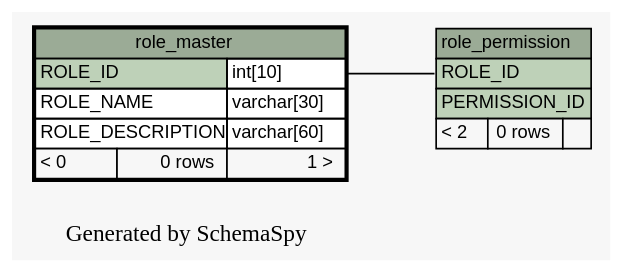
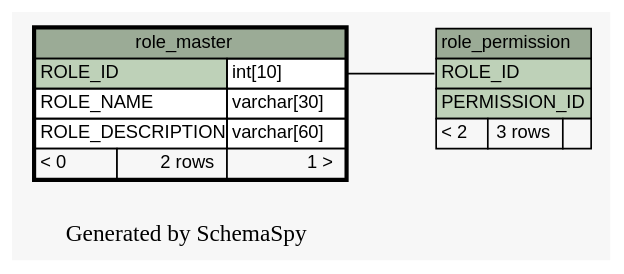
Before and after one commit to engineerscraft/hrms: the diagram in docs/database/schemaspy/graphs/role_master.1degree.dot, drawn with Graphviz. The commit also changed 174 other files, not shown here.

```diff
--- a/docs/database/schemaspy/graphs/role_master.1degree.dot
+++ b/docs/database/schemaspy/graphs/role_master.1degree.dot
@@ -1,41 +1,41 @@
 // dot 2.38.0 on Windows 7 6.1
 digraph "oneDegreeRelationshipsGraph" {
   graph [
     rankdir="RL"
     bgcolor="#f7f7f7"
     label="\nGenerated by SchemaSpy"
     labeljust="l"
   ];
   node [
     fontname="Helvetica"
     fontsize="11"
     shape="plaintext"
   ];
   edge [
     arrowsize="0.8"
   ];
   "role_permission":"ROLE_ID":w -> "role_master":"ROLE_ID.type":e [arrowtail=crowtee arrowhead=none];
   "role_master" [
     label=<
     <TABLE BORDER="2" CELLBORDER="1" CELLSPACING="0" BGCOLOR="#ffffff">
       <TR><TD PORT="role_master.heading" COLSPAN="3" BGCOLOR="#9bab96" ALIGN="CENTER">role_master</TD></TR>
       <TR><TD PORT="ROLE_ID" COLSPAN="2" BGCOLOR="#bed1b8" ALIGN="LEFT">ROLE_ID</TD><TD PORT="ROLE_ID.type" ALIGN="LEFT">int[10]</TD></TR>
       <TR><TD PORT="ROLE_NAME" COLSPAN="2" ALIGN="LEFT">ROLE_NAME</TD><TD PORT="ROLE_NAME.type" ALIGN="LEFT">varchar[30]</TD></TR>
       <TR><TD PORT="ROLE_DESCRIPTION" COLSPAN="2" ALIGN="LEFT">ROLE_DESCRIPTION</TD><TD PORT="ROLE_DESCRIPTION.type" ALIGN="LEFT">varchar[60]</TD></TR>
-      <TR><TD ALIGN="LEFT" BGCOLOR="#f7f7f7">&lt; 0</TD><TD ALIGN="RIGHT" BGCOLOR="#f7f7f7">0 rows</TD><TD ALIGN="RIGHT" BGCOLOR="#f7f7f7">1 &gt;</TD></TR>
+      <TR><TD ALIGN="LEFT" BGCOLOR="#f7f7f7">&lt; 0</TD><TD ALIGN="RIGHT" BGCOLOR="#f7f7f7">2 rows</TD><TD ALIGN="RIGHT" BGCOLOR="#f7f7f7">1 &gt;</TD></TR>
     </TABLE>>
     URL="role_master.html#"
     tooltip="role_master"
   ];
   "role_permission" [
     label=<
     <TABLE BORDER="0" CELLBORDER="1" CELLSPACING="0" BGCOLOR="#ffffff">
       <TR><TD PORT="role_permission.heading" COLSPAN="3" BGCOLOR="#9bab96" ALIGN="CENTER">role_permission</TD></TR>
       <TR><TD PORT="ROLE_ID" COLSPAN="3" BGCOLOR="#bed1b8" ALIGN="LEFT">ROLE_ID</TD></TR>
       <TR><TD PORT="PERMISSION_ID" COLSPAN="3" BGCOLOR="#bed1b8" ALIGN="LEFT">PERMISSION_ID</TD></TR>
-      <TR><TD ALIGN="LEFT" BGCOLOR="#f7f7f7">&lt; 2</TD><TD ALIGN="RIGHT" BGCOLOR="#f7f7f7">0 rows</TD><TD ALIGN="RIGHT" BGCOLOR="#f7f7f7">  </TD></TR>
+      <TR><TD ALIGN="LEFT" BGCOLOR="#f7f7f7">&lt; 2</TD><TD ALIGN="RIGHT" BGCOLOR="#f7f7f7">3 rows</TD><TD ALIGN="RIGHT" BGCOLOR="#f7f7f7">  </TD></TR>
     </TABLE>>
     URL="role_permission.html#graph"
     tooltip="role_permission"
   ];
 }
```
